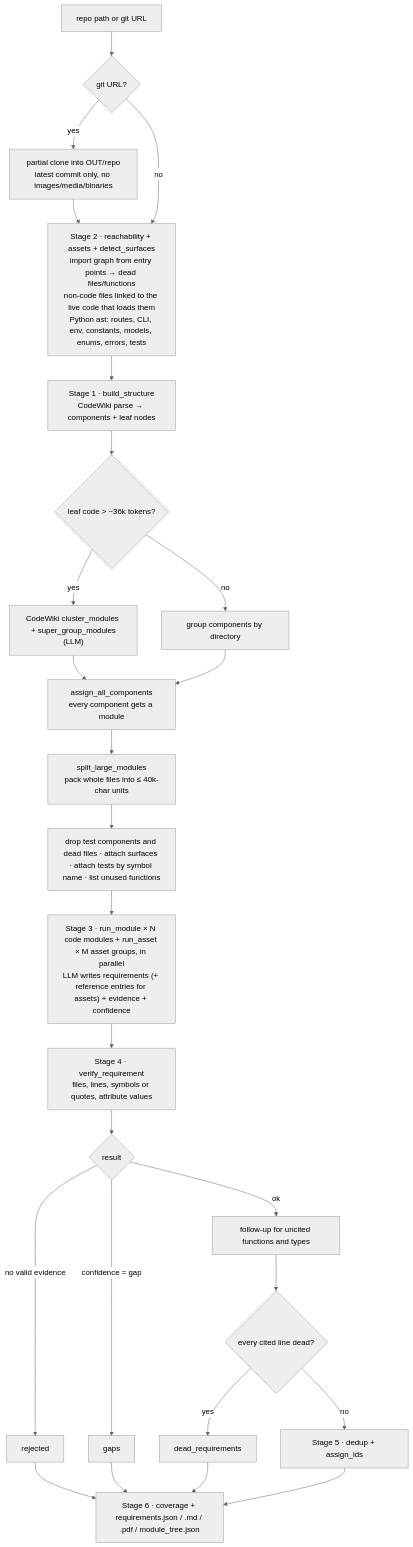
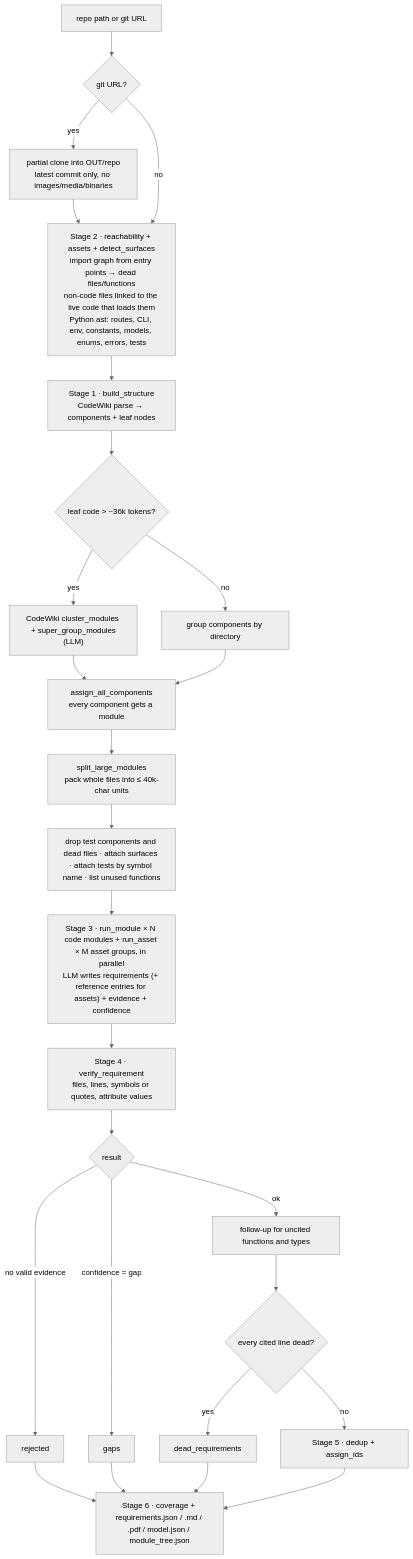
One commit to pr0ximaCent/Code2Req-Orchestration-for-Codebase-to-Natural-Language- changed the diagram in README.md. Above: the diagram before and after it, drawn with Mermaid (neutral theme). The commit also changed other lines of this file and 27 other files, not shown here.

````diff
--- a/README.md
+++ b/README.md
@@ -148,35 +148,35 @@
 ```mermaid
 flowchart TD
   IN[repo path or git URL] --> CL{git URL?}
   CL -->|yes| GC["partial clone into OUT/repo<br/>latest commit only, no images/media/binaries"]
   CL -->|no| SUR
   GC --> SUR
 
   SUR["Stage 2 · reachability + assets + detect_surfaces<br/>import graph from entry points → dead files/functions<br/>non-code files linked to the live code that loads them<br/>Python ast: routes, CLI, env, constants, models, enums, errors, tests"]
   SUR --> ST
 
   ST["Stage 1 · build_structure<br/>CodeWiki parse → components + leaf nodes"]
   ST --> CLU{"leaf code > ~36k tokens?"}
   CLU -->|yes| LLMC["CodeWiki cluster_modules + super_group_modules<br/>(LLM)"]
   CLU -->|no| DIR[group components by directory]
   LLMC --> ASSIGN
   DIR --> ASSIGN
   ASSIGN["assign_all_components<br/>every component gets a module"] --> SPLIT
   SPLIT["split_large_modules<br/>pack whole files into ≤ 40k-char units"] --> PREP
 
   PREP["drop test components and dead files · attach surfaces · attach tests by symbol name · list unused functions"] --> AG
   AG["Stage 3 · run_module × N code modules + run_asset × M asset groups, in parallel<br/>LLM writes requirements (+ reference entries for assets) + evidence + confidence"] --> VER
   VER["Stage 4 · verify_requirement<br/>files, lines, symbols or quotes, attribute values"] --> SORT
   SORT{result}
   SORT -->|no valid evidence| REJ[rejected]
   SORT -->|confidence = gap| GAP[gaps]
   SORT -->|ok| FU["follow-up for uncited functions and types"]
   FU --> DEAD{"every cited line dead?"}
   DEAD -->|yes| DR[dead_requirements]
   DEAD -->|no| DED
   DED["Stage 5 · dedup + assign_ids"] --> OUT
   GAP --> OUT
   REJ --> OUT
   DR --> OUT
-  OUT["Stage 6 · coverage + requirements.json / .md / .pdf / module_tree.json"]
+  OUT["Stage 6 · coverage + requirements.json / .md / .pdf / model.json / module_tree.json"]
 ```
````
